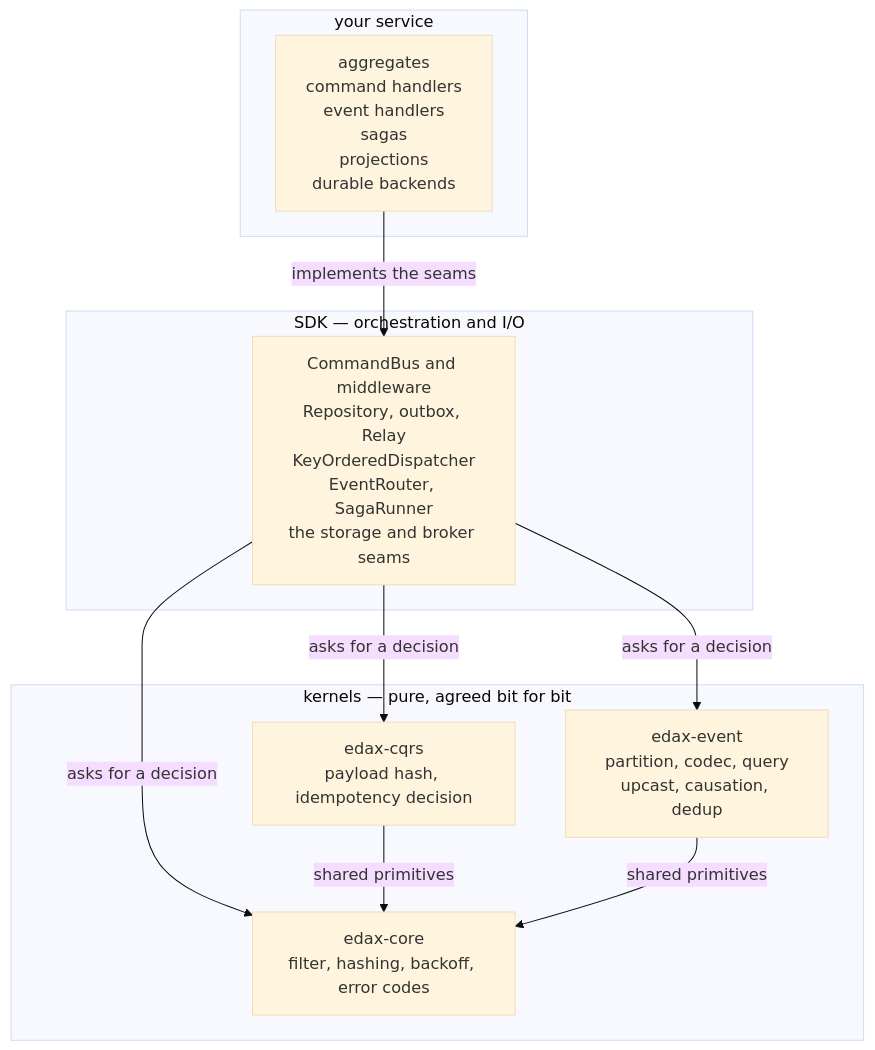
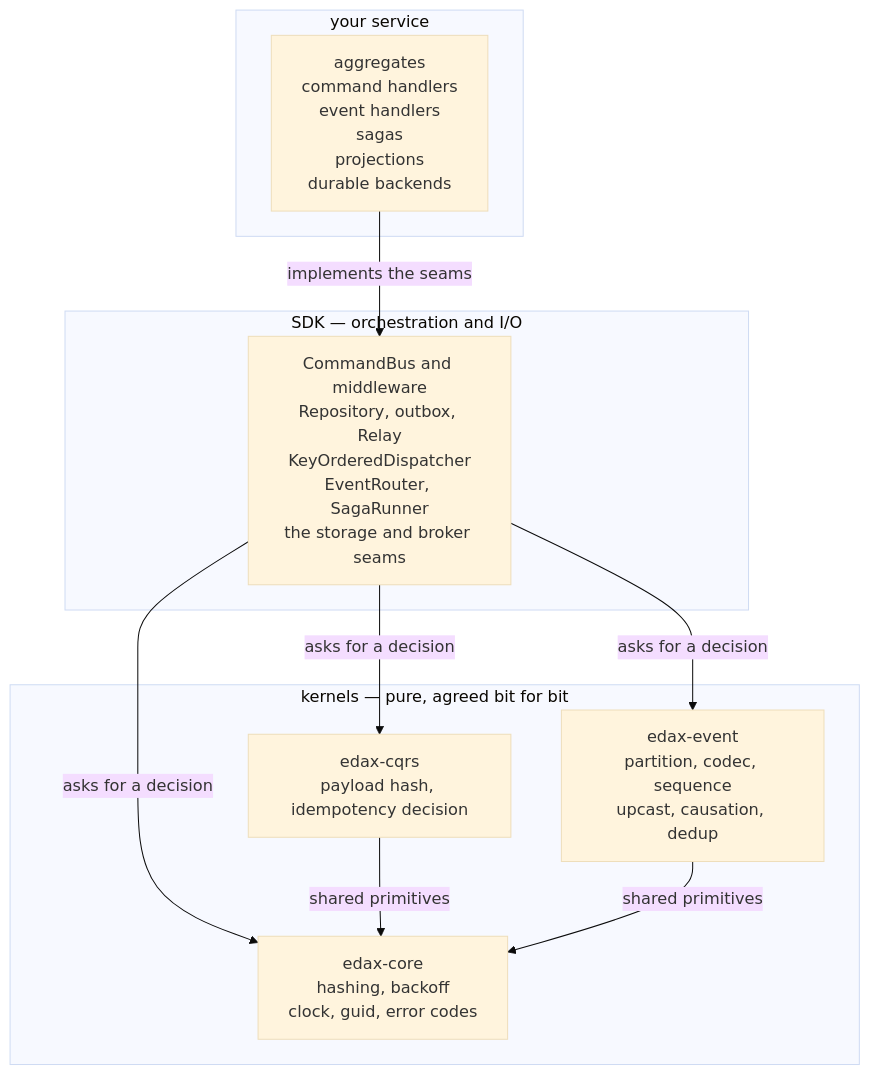
Before and after one commit to haskian/edax: the first of 4 diagrams in docs/architecture.md, drawn with Mermaid (base theme). The commit also changed other lines of this file and 27 other files, not shown here.

````diff
--- a/docs/architecture.md
+++ b/docs/architecture.md
@@ -15,23 +15,23 @@
 ```mermaid
 flowchart TB
     subgraph app["your service"]
         A["aggregates<br/>command handlers<br/>event handlers<br/>sagas<br/>projections<br/>durable backends"]
     end
 
     subgraph sdk["SDK — orchestration and I/O"]
         B["CommandBus and middleware<br/>Repository, outbox, Relay<br/>KeyOrderedDispatcher<br/>EventRouter, SagaRunner<br/>the storage and broker seams"]
     end
 
     subgraph kernels["kernels — pure, agreed bit for bit"]
         C["edax-cqrs<br/>payload hash, idempotency decision"]
-        D["edax-event<br/>partition, codec, query<br/>upcast, causation, dedup"]
-        E["edax-core<br/>filter, hashing, backoff, error codes"]
+        D["edax-event<br/>partition, codec, sequence<br/>upcast, causation, dedup"]
+        E["edax-core<br/>hashing, backoff<br/>clock, guid, error codes"]
     end
 
     A -->|"implements the seams"| B
     B -->|"asks for a decision"| C
     B -->|"asks for a decision"| D
     B -->|"asks for a decision"| E
     C -->|"shared primitives"| E
     D -->|"shared primitives"| E
 ```
````
